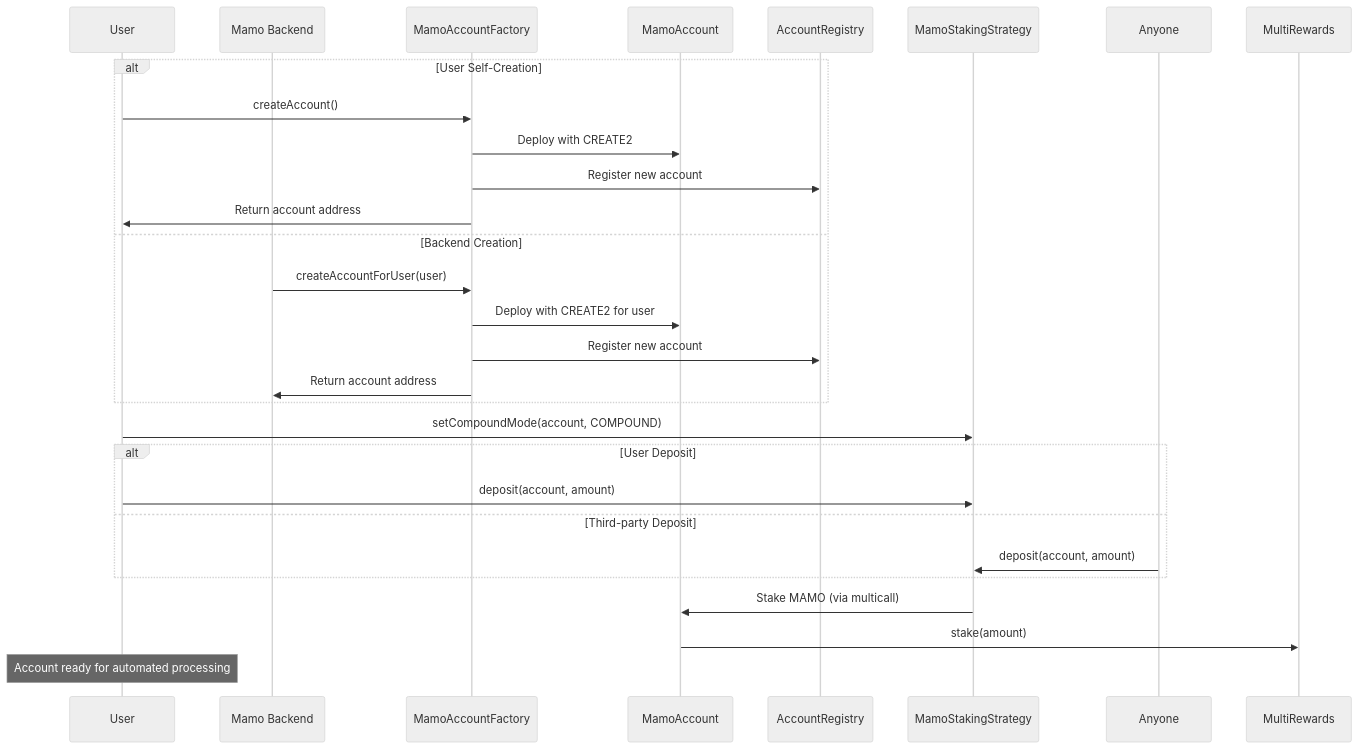
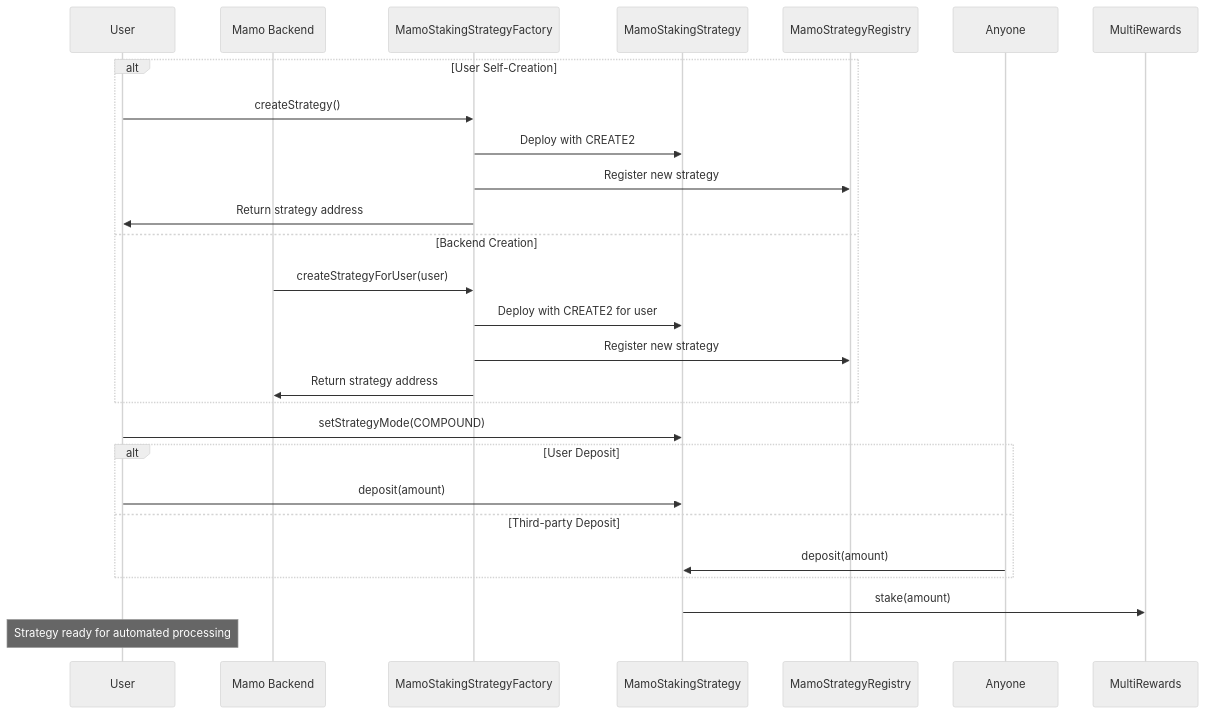
One commit to moonwell-fi/mamo-contracts changed the fourth of 6 diagrams in docs/MAMO_STAKING_ARCHITECTURE.md. Above: the diagram before and after it, drawn with Mermaid (neutral theme). The commit also changed other lines of this file and 2 other files, not shown here.

First line of the commit message:
refactor: remove deprecated MamoAccount model, update staking architecture

````diff
--- a/docs/MAMO_STAKING_ARCHITECTURE.md
+++ b/docs/MAMO_STAKING_ARCHITECTURE.md
@@ -624,36 +285,34 @@
 ```mermaid
 sequenceDiagram
     participant User as User
     participant Backend as Mamo Backend
-    participant Factory as MamoAccountFactory
-    participant Account as MamoAccount
-    participant Registry as AccountRegistry
+    participant Factory as MamoStakingStrategyFactory
     participant Strategy as MamoStakingStrategy
+    participant Registry as MamoStrategyRegistry
     participant Anyone as Anyone
     participant MultiRewards as MultiRewards
 
     alt User Self-Creation
-        User->>Factory: createAccount()
-        Factory->>Account: Deploy with CREATE2
-        Factory->>Registry: Register new account
-        Factory->>User: Return account address
+        User->>Factory: createStrategy()
+        Factory->>Strategy: Deploy with CREATE2
+        Factory->>Registry: Register new strategy
+        Factory->>User: Return strategy address
     else Backend Creation
-        Backend->>Factory: createAccountForUser(user)
-        Factory->>Account: Deploy with CREATE2 for user
-        Factory->>Registry: Register new account
-        Factory->>Backend: Return account address
+        Backend->>Factory: createStrategyForUser(user)
+        Factory->>Strategy: Deploy with CREATE2 for user
+        Factory->>Registry: Register new strategy
+        Factory->>Backend: Return strategy address
     end
     
-    User->>Strategy: setCompoundMode(account, COMPOUND)
+    User->>Strategy: setStrategyMode(COMPOUND)
     
     alt User Deposit
-        User->>Strategy: deposit(account, amount)
+        User->>Strategy: deposit(amount)
     else Third-party Deposit
-        Anyone->>Strategy: deposit(account, amount)
+        Anyone->>Strategy: deposit(amount)
     end
     
-    Strategy->>Account: Stake MAMO (via multicall)
-    Account->>MultiRewards: stake(amount)
+    Strategy->>MultiRewards: stake(amount)
     
-    Note over User: Account ready for automated processing
+    Note over User: Strategy ready for automated processing
 ```
````
